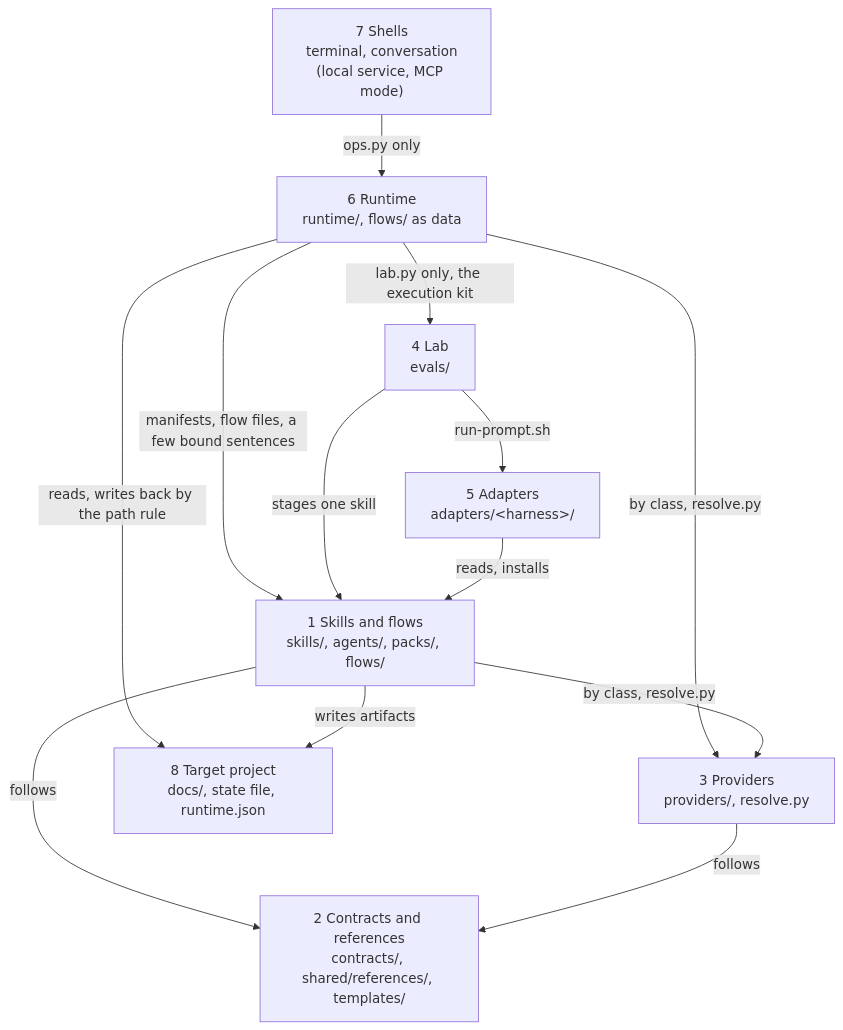
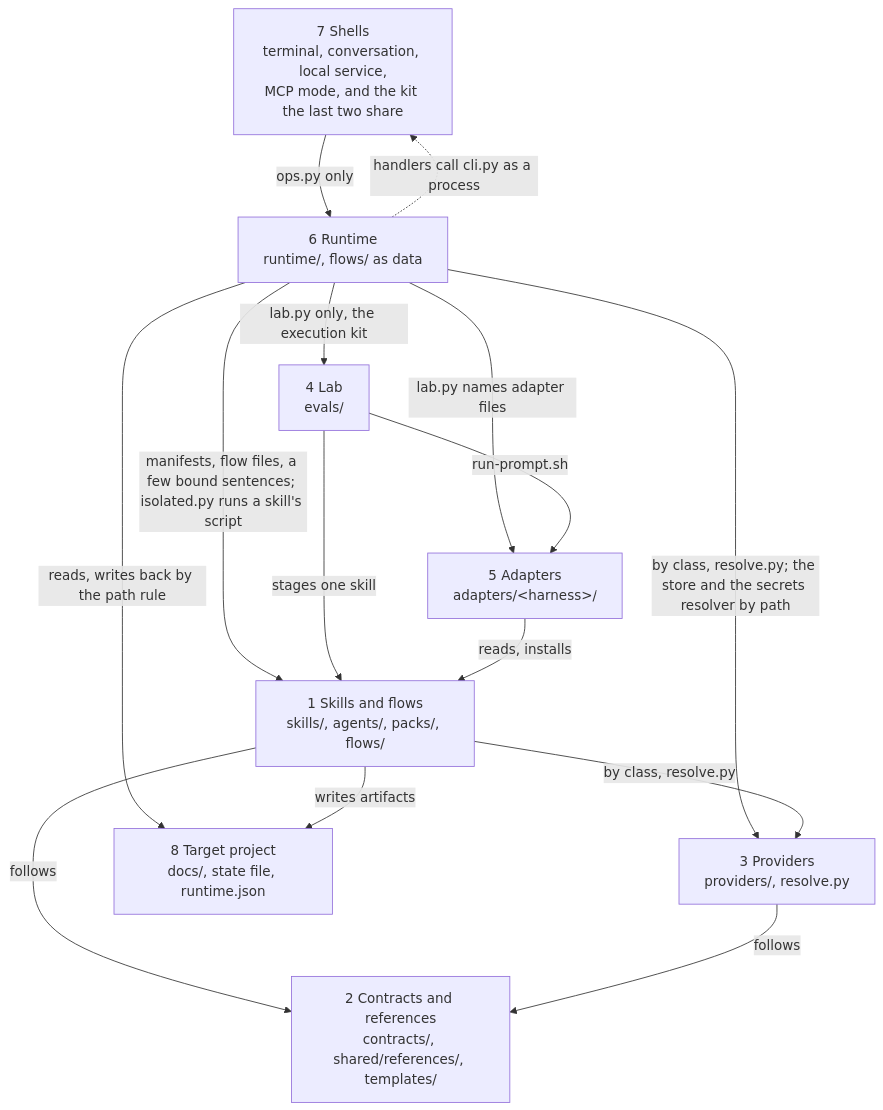
One commit to chrissgon/ai-workbench changed the first of 2 diagrams in docs/architecture/platform/README.md. Above: the diagram before and after it, drawn with Mermaid. The commit also changed other lines of this file and 2 other files, not shown here.

First line of the commit message:
docs(architecture): the README, the review's status and the glossary follow the code (WP-D.6) (#267)

````diff
--- a/docs/architecture/platform/README.md
+++ b/docs/architecture/platform/README.md
@@ -62,24 +69,26 @@
 ```mermaid
 flowchart TB
-    L7["7 Shells<br/>terminal, conversation<br/>(local service, MCP mode)"]
+    L7["7 Shells<br/>terminal, conversation, local service,<br/>MCP mode, and the kit the last two share"]
     L6["6 Runtime<br/>runtime/, flows/ as data"]
     L5["5 Adapters<br/>adapters/&lt;harness&gt;/"]
     L4["4 Lab<br/>evals/"]
     L3["3 Providers<br/>providers/, resolve.py"]
     L2["2 Contracts and references<br/>contracts/, shared/references/, templates/"]
     L1["1 Skills and flows<br/>skills/, agents/, packs/, flows/"]
     L8["8 Target project<br/>docs/, state file, runtime.json"]
 
     L7 -->|"ops.py only"| L6
+    L6 -.->|"handlers call cli.py as a process"| L7
     L6 -->|"lab.py only, the execution kit"| L4
-    L6 -->|"by class, resolve.py"| L3
-    L6 -->|"manifests, flow files, a few bound sentences"| L1
+    L6 -->|"lab.py names adapter files"| L5
+    L6 -->|"by class, resolve.py; the store and the secrets resolver by path"| L3
+    L6 -->|"manifests, flow files, a few bound sentences; isolated.py runs a skill's script"| L1
     L6 -->|"reads, writes back by the path rule"| L8
     L4 -->|"stages one skill"| L1
     L4 -->|"run-prompt.sh"| L5
     L5 -->|"reads, installs"| L1
     L1 -->|"follows"| L2
     L3 -->|"follows"| L2
     L1 -->|"writes artifacts"| L8
     L1 -->|"by class, resolve.py"| L3
 ```
````
